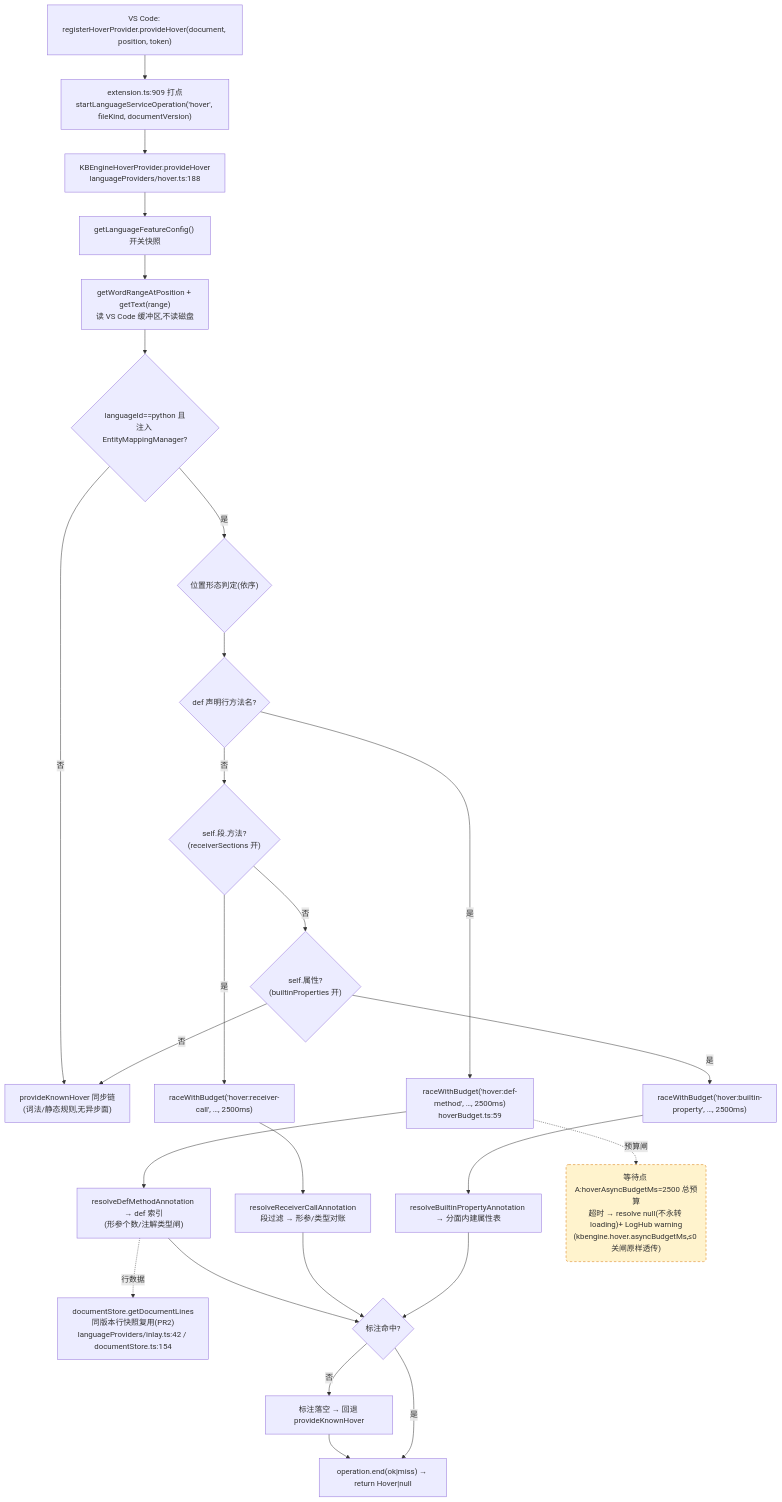
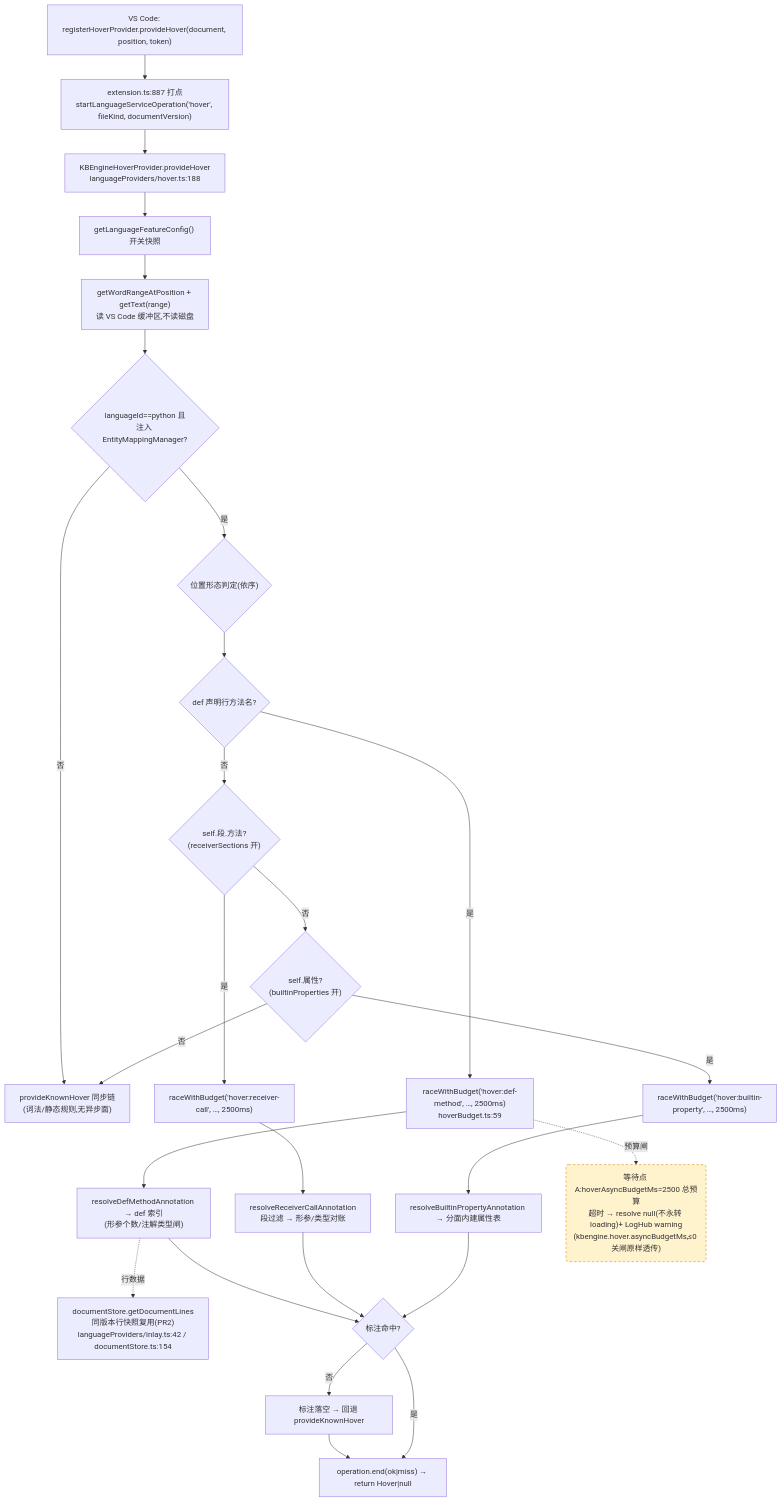
Before and after one commit to cuihairu/kode: the first of 4 diagrams in docs/perf/2026-baseline.md, drawn with Mermaid. The commit also changed other lines of this file and 3 other files, not shown here.

````diff
--- a/docs/perf/2026-baseline.md
+++ b/docs/perf/2026-baseline.md
@@ -82,45 +82,45 @@
 ```mermaid
 flowchart TD
   VC1["VS Code: registerHoverProvider.provideHover(document, position, token)"]
-  M1["extension.ts:909 打点<br/>startLanguageServiceOperation('hover', fileKind, documentVersion)"]
+  M1["extension.ts:887 打点<br/>startLanguageServiceOperation('hover', fileKind, documentVersion)"]
   HP["KBEngineHoverProvider.provideHover<br/>languageProviders/hover.ts:188"]
   CFG["getLanguageFeatureConfig() 开关快照"]
   WORD["getWordRangeAtPosition + getText(range)<br/>读 VS Code 缓冲区,不读磁盘"]
   BR{"languageId==python 且<br/>注入 EntityMappingManager?"}
   KN["provideKnownHover 同步链<br/>(词法/静态规则,无异步面)"]
   POS{"位置形态判定(依序)"}
   D1{"def 声明行方法名?"}
   D2{"self.段.方法?<br/>(receiverSections 开)"}
   D3{"self.属性?<br/>(builtinProperties 开)"}
   RA1["raceWithBudget('hover:def-method', …, 2500ms)<br/>hoverBudget.ts:59"]
   RA2["raceWithBudget('hover:receiver-call', …, 2500ms)"]
   RA3["raceWithBudget('hover:builtin-property', …, 2500ms)"]
   RS1["resolveDefMethodAnnotation → def 索引<br/>(形参个数/注解类型闸)"]
   RS2["resolveReceiverCallAnnotation<br/>段过滤 → 形参/类型对账"]
   RS3["resolveBuiltinPropertyAnnotation → 分面内建属性表"]
   LINES["documentStore.getDocumentLines<br/>同版本行快照复用(PR2)<br/>languageProviders/inlay.ts:42 / documentStore.ts:154"]
   MISS["标注落空 → 回退 provideKnownHover"]
   END1["operation.end(ok|miss) → return Hover|null"]
 
   VC1 --> M1 --> HP --> CFG --> WORD --> BR
   BR -- "否" --> KN
   BR -- "是" --> POS --> D1
   D1 -- "是" --> RA1 --> RS1
   D1 -- "否" --> D2
   D2 -- "是" --> RA2 --> RS2
   D2 -- "否" --> D3
   D3 -- "是" --> RA3 --> RS3
   D3 -- "否" --> KN
   RS1 --> HIT{"标注命中?"}
   RS2 --> HIT
   RS3 --> HIT
   RS1 -.->|行数据| LINES
   HIT -- "否" --> MISS --> END1
   HIT -- "是" --> END1
 
   WAITA("等待点 A:hoverAsyncBudgetMs=2500 总预算<br/>超时 → resolve null(不永转 loading)+ LogHub warning<br/>(kbengine.hover.asyncBudgetMs,≤0 关闸原样透传)")
   RA1 -.->|预算闸| WAITA
 
   classDef waitPoint fill:#fff3cd,stroke:#d97706,stroke-dasharray:5 4;
   class WAITA waitPoint;
 ```
````
